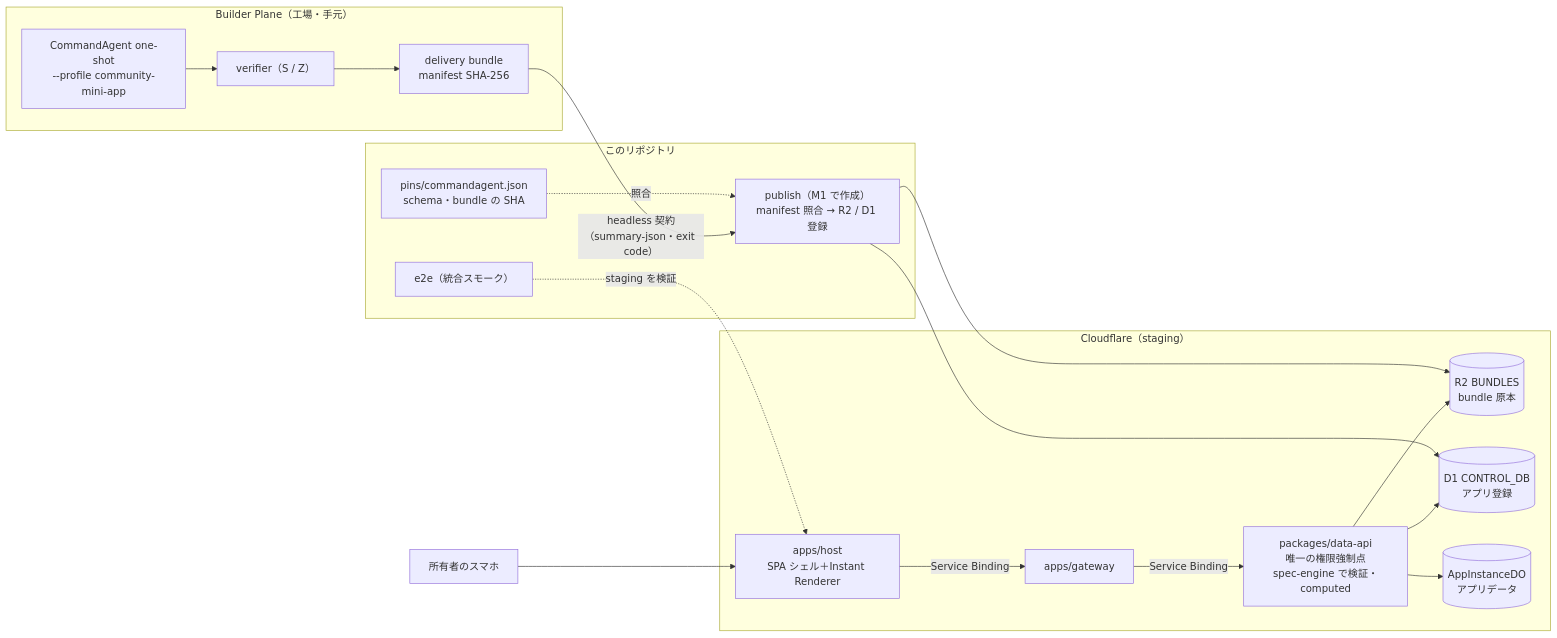
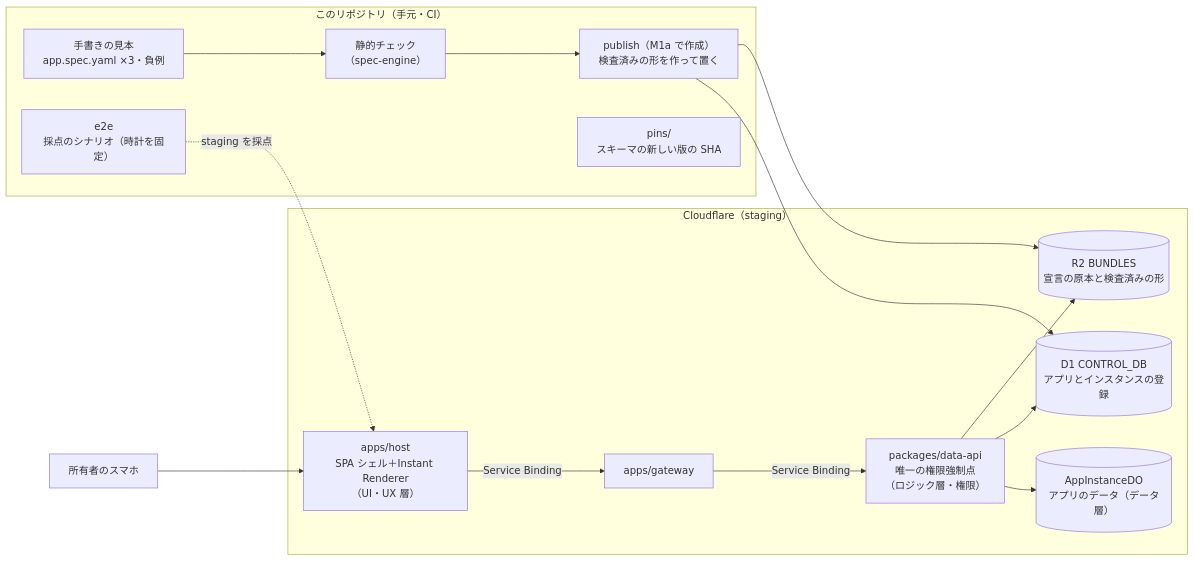
The diagram in workspace/mvp/m1/README.md (Kewton/Musubi), drawn with Mermaid before and after one commit. The commit also changed other lines of this file and 3 other files, not shown here.

````diff
--- a/workspace/mvp/m1/README.md
+++ b/workspace/mvp/m1/README.md
@@ -209,25 +195,20 @@
 ```mermaid
 flowchart LR
-  subgraph BP["Builder Plane（工場・手元）"]
-    CA["CommandAgent one-shot<br/>--profile community-mini-app"] --> V["verifier（S / Z）"]
-    V --> BUNDLE["delivery bundle<br/>manifest SHA-256"]
+  subgraph REPO["このリポジトリ（手元・CI）"]
+    SAMPLE["手書きの見本<br/>app.spec.yaml ×3・負例"] --> CHECK["静的チェック<br/>（spec-engine）"]
+    CHECK --> PUB["publish（M1a で作成）<br/>検査済みの形を作って置く"]
+    PINS["pins/<br/>スキーマの新しい版の SHA"]
+    E2E["e2e<br/>採点のシナリオ（時計を固定）"]
   end
-  subgraph PIN["このリポジトリ"]
-    PINS["pins/commandagent.json<br/>schema・bundle の SHA"]
-    PUB["publish（M1 で作成）<br/>manifest 照合 → R2 / D1 登録"]
-    E2E["e2e（統合スモーク）"]
-  end
-  BUNDLE -- "headless 契約<br/>（summary-json・exit code）" --> PUB
-  PINS -. 照合 .-> PUB
   subgraph CF["Cloudflare（staging）"]
-    HOST["apps/host<br/>SPA シェル＋Instant Renderer"] -- Service Binding --> GW["apps/gateway"]
-    GW -- Service Binding --> DAPI["packages/data-api<br/>唯一の権限強制点<br/>spec-engine で検証・computed"]
-    DAPI --> R2[("R2 BUNDLES<br/>bundle 原本")]
-    DAPI --> D1[("D1 CONTROL_DB<br/>アプリ登録")]
-    DAPI --> DO[("AppInstanceDO<br/>アプリデータ")]
+    HOST["apps/host<br/>SPA シェル＋Instant Renderer<br/>（UI・UX 層）"] -- Service Binding --> GW["apps/gateway"]
+    GW -- Service Binding --> DAPI["packages/data-api<br/>唯一の権限強制点<br/>（ロジック層・権限）"]
+    DAPI --> R2[("R2 BUNDLES<br/>宣言の原本と検査済みの形")]
+    DAPI --> D1[("D1 CONTROL_DB<br/>アプリとインスタンスの登録")]
+    DAPI --> DO[("AppInstanceDO<br/>アプリのデータ（データ層）")]
   end
   PUB --> R2
   PUB --> D1
   PHONE["所有者のスマホ"] --> HOST
-  E2E -. staging を検証 .-> HOST
+  E2E -. staging を採点 .-> HOST
 ```
````
